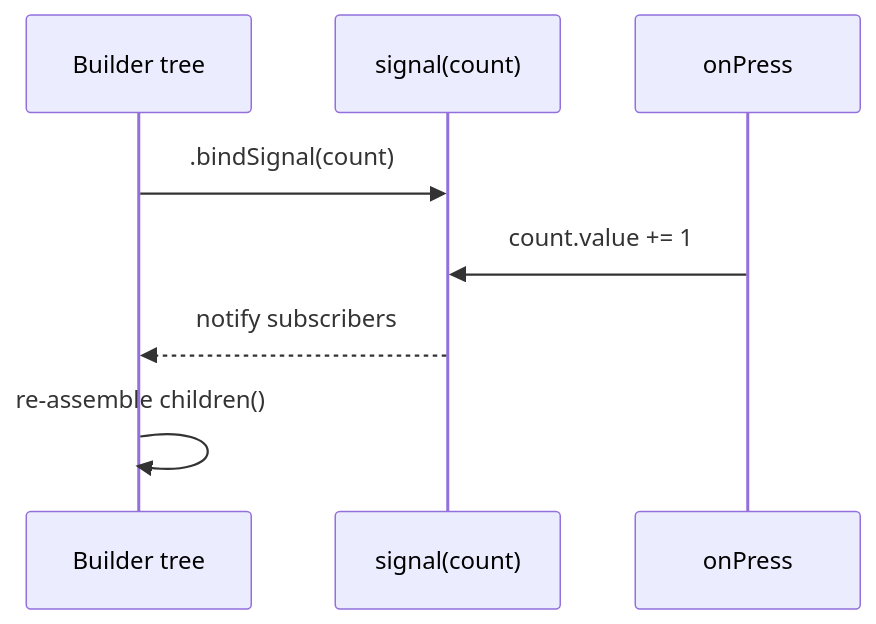
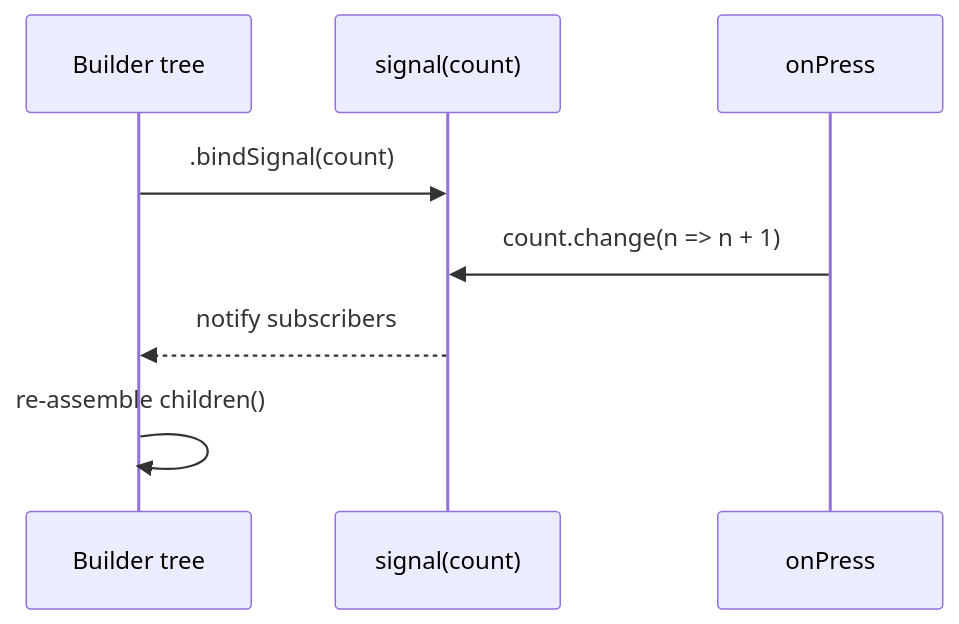
Before and after one commit to felipeoliveiradev/fiboui: the second of 3 diagrams in README.md, drawn with Mermaid. The commit also changed other lines of this file and 7 other files, not shown here.

````diff
--- a/README.md
+++ b/README.md
@@ -158,11 +158,11 @@
 ```mermaid
 sequenceDiagram
   participant UI as Builder tree
   participant S as signal(count)
   participant H as onPress
 
   UI->>S: .bindSignal(count)
-  H->>S: count.value += 1
+  H->>S: count.change(n => n + 1)
   S-->>UI: notify subscribers
   UI->>UI: re-assemble children()
 ```
````
